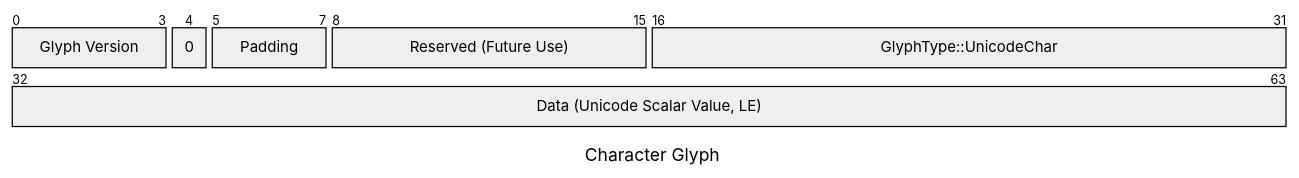
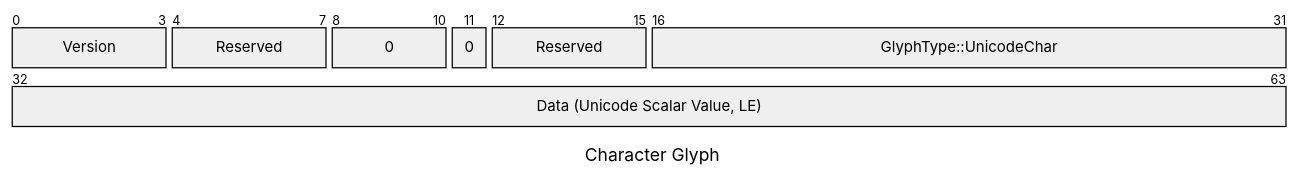
Before and after one commit to elara-themica/glifs-contributor-guide: the ninth of 15 diagrams in src/binary_formats.md, drawn with Mermaid. The commit also changed other lines of this file, not shown here.

````diff
--- a/src/binary_formats.md
+++ b/src/binary_formats.md
@@ -204,12 +243,13 @@
 ```mermaid
 ---
 title: "Character Glyph"
 ---
 packet-beta
-0-3: "Glyph Version"
-4: "0"
-5-7: "Padding"
-8-15: "Reserved (Future Use)"
+0-3: "Version"
+4-7: "Reserved"
+8-10: "0"
+11: "0"
+12-15: "Reserved"
 16-31: "GlyphType::UnicodeChar"
 32-63: "Data (Unicode Scalar Value, LE)"
 ```
````
